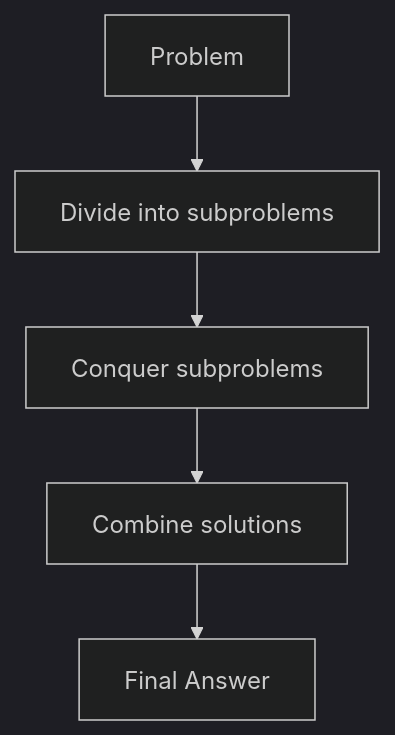
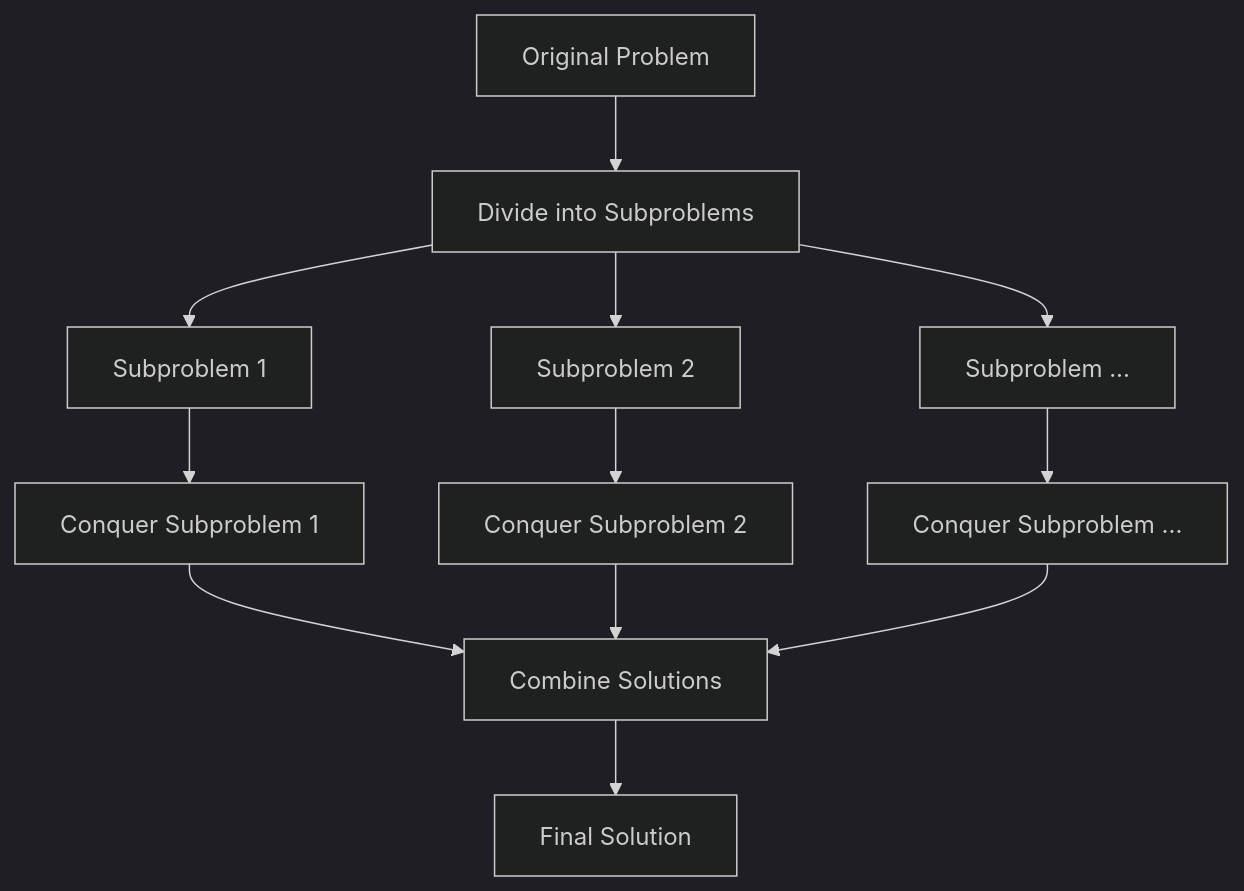
One commit to VrushankPatel/interview-matters changed the diagram in divide-and-conquer/README.md. Above: the diagram before and after it, drawn with Mermaid (dark theme). The commit also changed other lines of this file and 7 other files, not shown here.

Commit message:
kb: add/update topics Database Normalization, ACID vs BASE Tradeoffs, Vector Databases, Probabilistic Data Structures, Divide and Conquer Algorithms

````diff
--- a/divide-and-conquer/README.md
+++ b/divide-and-conquer/README.md
@@ -28,7 +25,14 @@
 ```mermaid
 graph TD
-    A[Problem] --> B[Divide into subproblems]
-    B --> C[Conquer subproblems]
-    C --> D[Combine solutions]
-    D --> E[Final Answer]
+    A[Original Problem] --> B[Divide into Subproblems]
+    B --> C1[Subproblem 1]
+    B --> C2[Subproblem 2]
+    B --> C3[Subproblem ...]
+    C1 --> D1[Conquer Subproblem 1]
+    C2 --> D2[Conquer Subproblem 2]
+    C3 --> D3[Conquer Subproblem ...]
+    D1 --> E[Combine Solutions]
+    D2 --> E
+    D3 --> E
+    E --> F[Final Solution]
 ```
````
